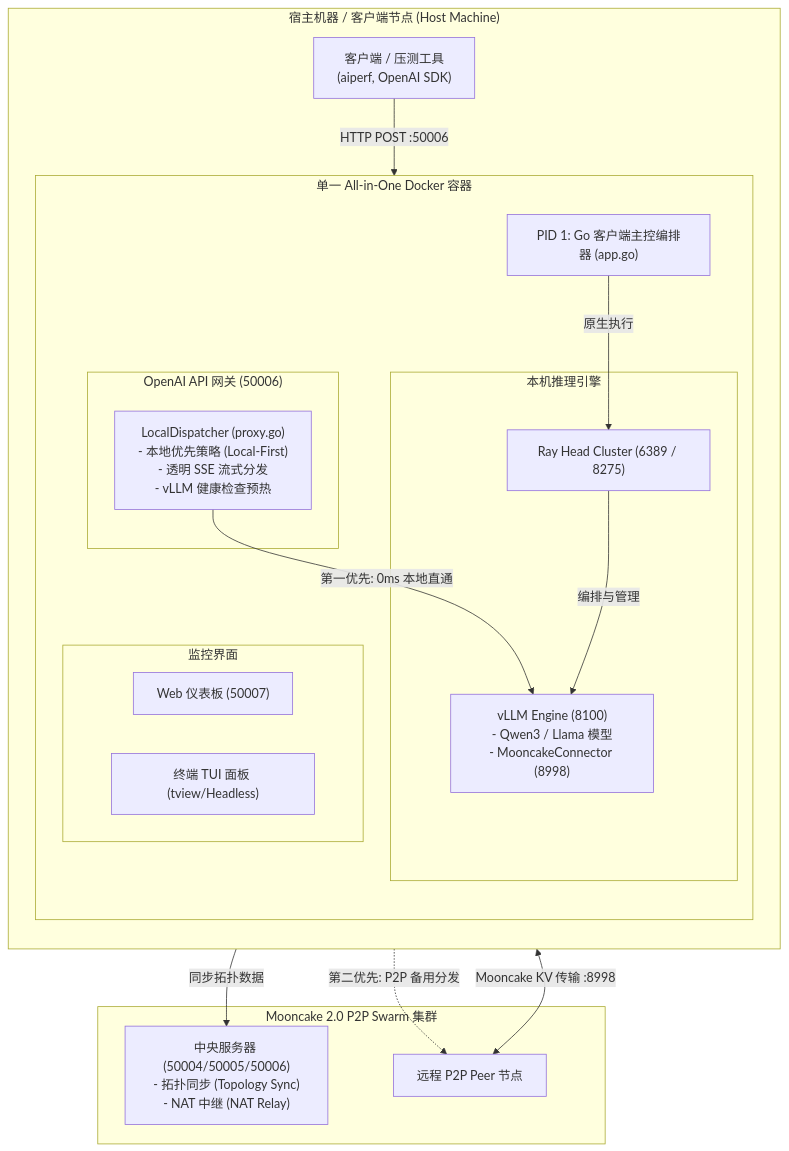
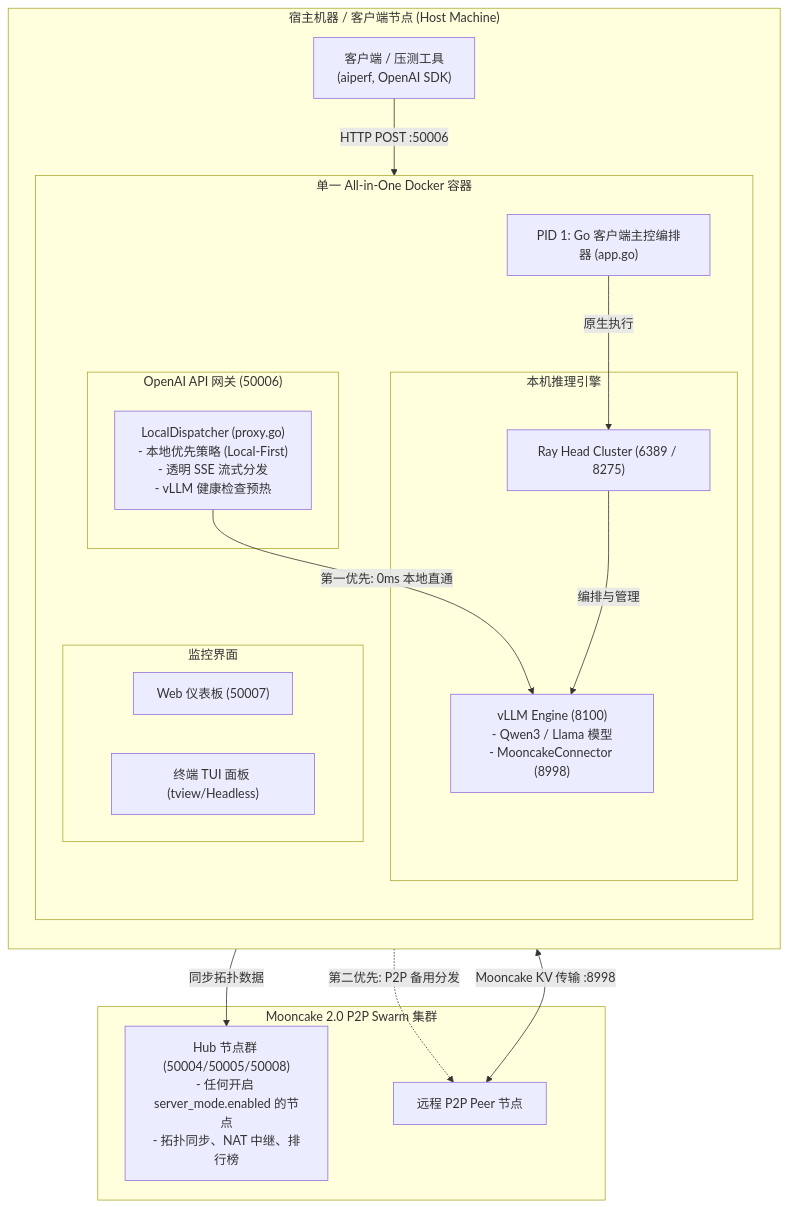
The diagram in README_zh-CN.md (lhu-csie-dclab/yuanyi), drawn with Mermaid before and after one commit. The commit also changed other lines of this file and 14 other files, not shown here.

First line of the commit message:
docs: document hub mode (server_mode) across README and all three doc sets

````diff
--- a/README_zh-CN.md
+++ b/README_zh-CN.md
@@ -48,39 +49,39 @@
 ```mermaid
 flowchart TB
     subgraph ClientHost["宿主机器 / 客户端节点 (Host Machine)"]
         direction TB
         APICaller["客户端 / 压测工具\n(aiperf, OpenAI SDK)"]
         
         subgraph Container["单一 All-in-One Docker 容器"]
             direction TB
             GoAgent["PID 1: Go 客户端主控编排器 (app.go)"]
             
             subgraph GatewayLayer["OpenAI API 网关 (50006)"]
                 Dispatcher["LocalDispatcher (proxy.go)\n- 本地优先策略 (Local-First)\n- 透明 SSE 流式分发\n- vLLM 健康检查预热"]
             end
             
             subgraph EngineLayer["本机推理引擎"]
                 RayHead["Ray Head Cluster (6389 / 8275)"]
                 VLLM["vLLM Engine (8100)\n- Qwen3 / Llama 模型\n- MooncakeConnector (8998)"]
             end
             
             subgraph Dashboards["监控界面"]
                 WebUI["Web 仪表板 (50007)"]
                 TUI["终端 TUI 面板 (tview/Headless)"]
             end
         end
     end
     
     subgraph Swarm["Mooncake 2.0 P2P Swarm 集群"]
-        CentralServer["中央服务器 (50004/50005/50006)\n- 拓扑同步 (Topology Sync)\n- NAT 中继 (NAT Relay)"]
+        HubNode["Hub 节点群 (50004/50005/50008)\n- 任何开启 server_mode.enabled 的节点\n- 拓扑同步、NAT 中继、排行榜"]
         RemotePeer["远程 P2P Peer 节点"]
     end
     
     APICaller -->|HTTP POST :50006| Dispatcher
     Dispatcher -->|第一优先: 0ms 本地直通| VLLM
     Dispatcher -.->|第二优先: P2P 备用分发| RemotePeer
     GoAgent -->|原生执行| RayHead
     RayHead -->|编排与管理| VLLM
-    GoAgent -->|同步拓扑数据| CentralServer
+    GoAgent -->|同步拓扑数据| HubNode
     VLLM <-->|Mooncake KV 传输 :8998| RemotePeer
 ```
````
